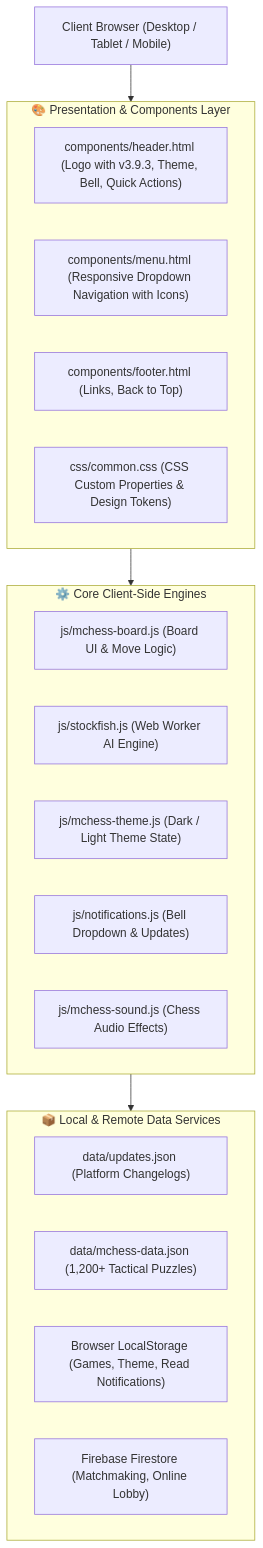
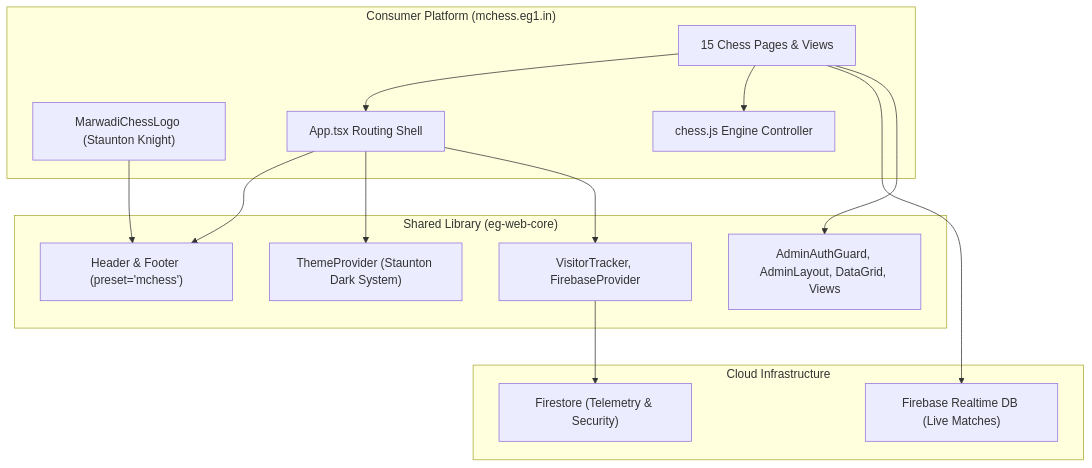
One commit to EG1DOTIN/mchess.eg1.in changed the diagram in docs/README.md. Above: the diagram before and after it, drawn with Mermaid. The commit also changed other lines of this file and 3840 other files, not shown here.

Commit message:
feat(v4): modernize platform to React 18 + Vite SPA architecture powered by eg-web-core

````diff
--- a/docs/README.md
+++ b/docs/README.md
@@ -33,30 +19,31 @@
 ```mermaid
-flowchart TD
-    Client["Client Browser (Desktop / Tablet / Mobile)"]
-
-    subgraph Presentation_Layer ["🎨 Presentation & Components Layer"]
-        HeaderComp["components/header.html (Logo with v3.9.3, Theme, Bell, Quick Actions)"]
-        MenuComp["components/menu.html (Responsive Dropdown Navigation with Icons)"]
-        FooterComp["components/footer.html (Links, Back to Top)"]
-        CSSCommon["css/common.css (CSS Custom Properties & Design Tokens)"]
+graph TD
+    subgraph Client["Consumer Platform (mchess.eg1.in)"]
+        UI["15 Chess Pages & Views"]
+        Brand["MarwadiChessLogo (Staunton Knight)"]
+        Router["App.tsx Routing Shell"]
+        Engine["chess.js Engine Controller"]
     end
 
-    subgraph Core_Engines ["⚙️ Core Client-Side Engines"]
-        BoardEngine["js/mchess-board.js (Board UI & Move Logic)"]
-        StockfishWorker["js/stockfish.js (Web Worker AI Engine)"]
-        ThemeController["js/mchess-theme.js (Dark / Light Theme State)"]
-        NotificationEngine["js/notifications.js (Bell Dropdown & Updates)"]
-        SoundFX["js/mchess-sound.js (Chess Audio Effects)"]
+    subgraph Core["Shared Library (eg-web-core)"]
+        Layout["Header & Footer (preset='mchess')"]
+        Theming["ThemeProvider (Staunton Dark System)"]
+        AdminComponents["AdminAuthGuard, AdminLayout, DataGrid, Views"]
+        Services["VisitorTracker, FirebaseProvider"]
     end
 
-    subgraph Data_Layer ["📦 Local & Remote Data Services"]
-        UpdatesData["data/updates.json (Platform Changelogs)"]
-        MasterDataset["data/mchess-data.json (1,200+ Tactical Puzzles)"]
-        LocalStorageData["Browser LocalStorage (Games, Theme, Read Notifications)"]
-        FirebaseFirestore["Firebase Firestore (Matchmaking, Online Lobby)"]
+    subgraph Cloud["Cloud Infrastructure"]
+        RealtimeDB["Firebase Realtime DB (Live Matches)"]
+        Firestore["Firestore (Telemetry & Security)"]
     end
 
-    Client --> Presentation_Layer
-    Presentation_Layer --> Core_Engines
-    Core_Engines --> Data_Layer
+    UI --> Router
+    Router --> Layout
+    Router --> Theming
+    UI --> Engine
+    UI --> RealtimeDB
+    Router --> Services
+    Services --> Firestore
+    UI --> AdminComponents
+    Brand --> Layout
 ```
````
